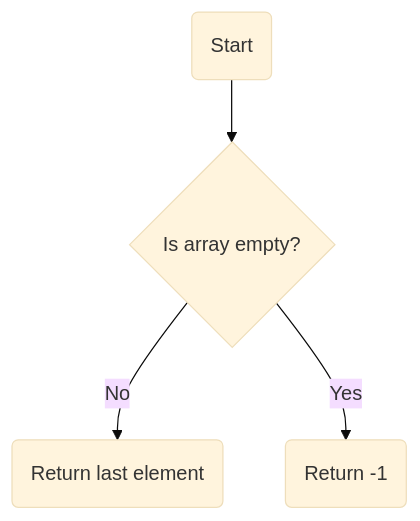
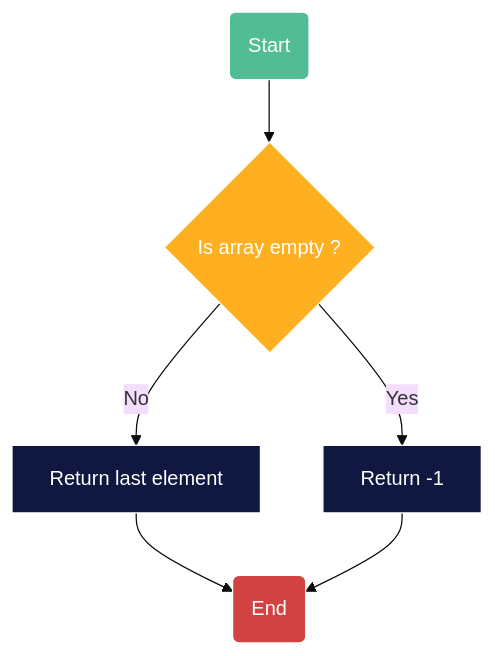
The diagram in 2619. array-prototype-last/README.md (nutkiattisak/leetcode-30-days-of-javascript), drawn with Mermaid (base theme) before and after one commit.

Commit message:
fix: update flowchart style

````diff
--- a/2619. array-prototype-last/README.md
+++ b/2619. array-prototype-last/README.md
@@ -1,6 +1,13 @@
 ```mermaid
 flowchart TD
-    A(Start) --> B{Is array empty?}
-    B -- No --> C(Return last element)
-    B -- Yes --> D(Return -1)
+    A(Start) --> B{Is array empty ?}
+    B -- No --> C[Return last element]
+    B -- Yes --> D[Return -1]
+    C & D --> E(End)
+
+    style A fill:#52bc94,stroke:#ffffff,stroke-width:1px,color: #ffffff
+    style B fill:#ffb020,stroke:#ffffff,stroke-width:1px,color: #ffffff
+    style C fill:#101841,stroke:#ffffff,stroke-width:1px,color: #ffffff
+    style D fill:#101841,stroke:#ffffff,stroke-width:1px,color: #ffffff
+    style E fill:#d14243,stroke:#ffffff,stroke-width:1px,color: #ffffff
 ```
````
